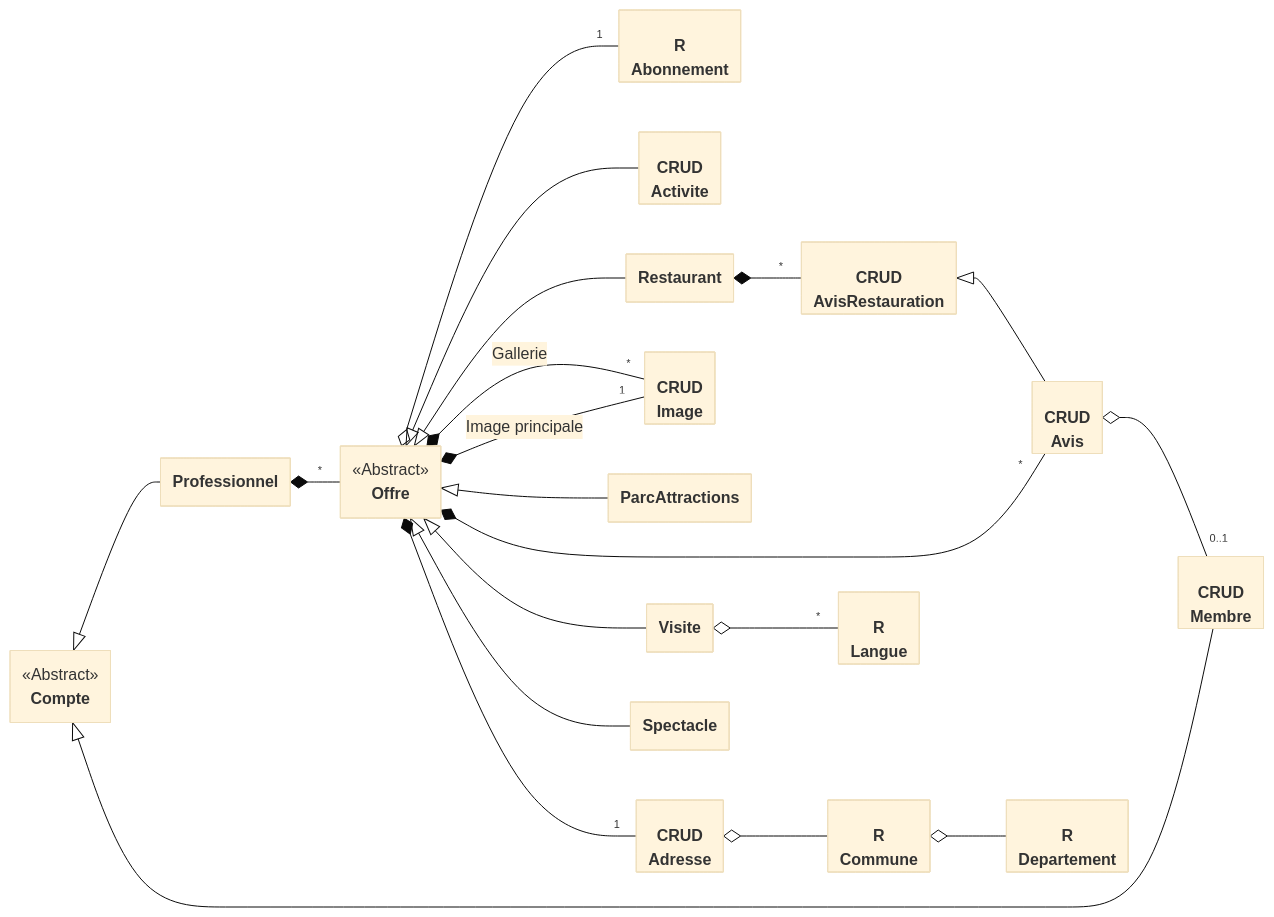
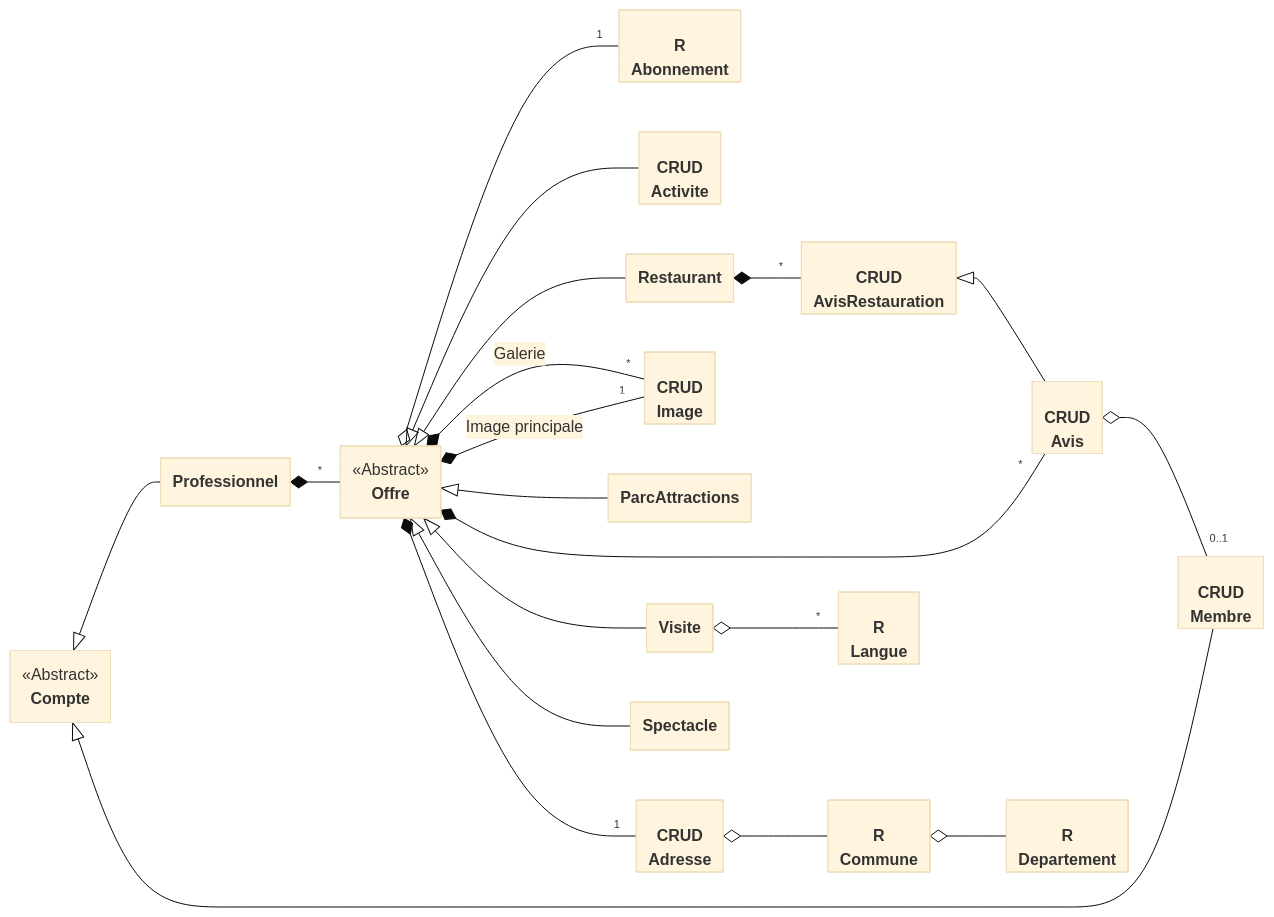
The diagram in Modèles et composants.md (5cover/413), drawn with Mermaid (base theme) before and after one commit. The commit also changed 1 other file, not shown here.

Commit message:
de nombreu

````diff
--- a/Modèles et composants.md
+++ b/Modèles et composants.md
@@ -32,50 +32,50 @@
 ```mermaid
 ---
   config:
     class:
       hideEmptyMembersBox: true
 ---
 classDiagram
 direction LR
 
 class Offre
 <<Abstract>> Offre
 class Compte
 <<Abstract>> Compte
 
 class Abonnement["R<br>Abonnement"]
 class Activite["CRUD<br>Activite"]
 class Adresse["CRUD<br>Adresse"]
 class Avis["CRUD<br>Avis"]
 class AvisRestauration["CRUD<br>AvisRestauration"]
 class Commune["R<br>Commune"]
 class Departement["R<br>Departement"]
 class Image["CRUD<br>Image"]
 class Langue["R<br>Langue"]
 class Membre["CRUD<br>Membre"]
 
 class ParcAttractions
 class Restaurant
 class Visite
 
 
 Adresse o-- Commune
 Avis o--"0..1" Membre
 AvisRestauration <|-- Avis
 Commune o-- Departement
 Compte <|-- Membre
 Compte <|-- Professionnel 
 Offre *--"*" Avis
-Offre *--"*" Image : Gallerie
+Offre *--"*" Image : Galerie
 Offre *--"1" Adresse
 Offre *--"1" Image : Image principale
 Offre <|-- Activite
 Offre <|-- ParcAttractions
 Offre <|-- Restaurant
 Offre <|-- Spectacle
 Offre <|-- Visite
 Offre o--"1" Abonnement
 Professionnel *--"*" Offre
 Restaurant *--"*" AvisRestauration
 Visite o--"*" Langue
 ```
````
